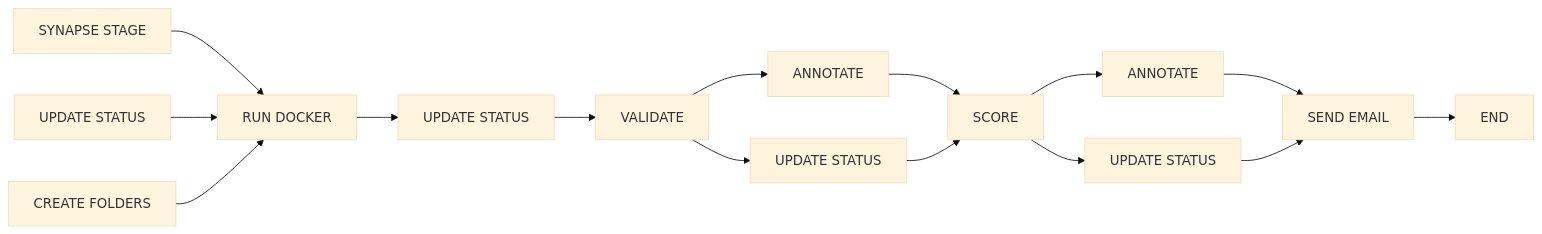
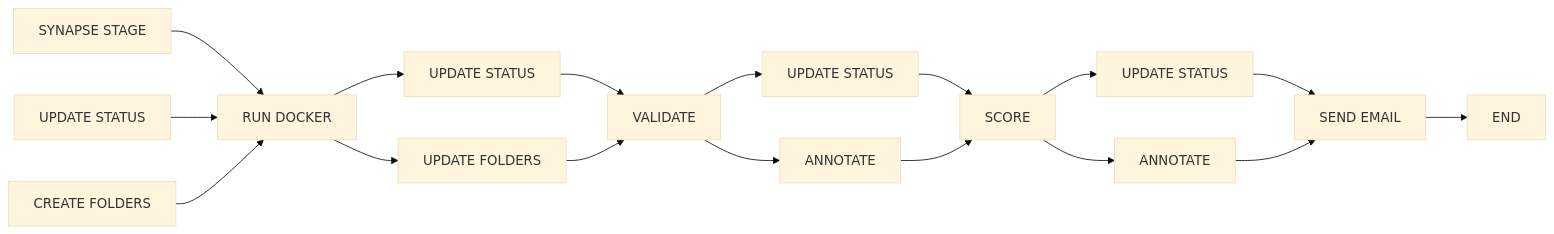
One commit to vpchung/nf-synapse-challenge changed the first of 2 diagrams in README.md. Above: the diagram before and after it, drawn with Mermaid (base theme). The commit also changed 9 other files, not shown here.

````diff
--- a/README.md
+++ b/README.md
@@ -84,17 +84,19 @@
 ```mermaid
 flowchart LR;
     A[SYNAPSE STAGE]-->E[RUN DOCKER];
     B[UPDATE STATUS]-->E;
     C[CREATE FOLDERS]-->E;
     E-->G[UPDATE STATUS];
-    G-->H[VALIDATE];
-    H-->I[ANNOTATE];
-    H-->J[UPDATE STATUS];
-    I-->K[SCORE];
-    J-->K;
-    K-->L[ANNOTATE];
-    K-->M[UPDATE STATUS];
-    L-->N;
-    M-->N[SEND EMAIL];
-    N-->O[END];
+    E-->H[UPDATE FOLDERS];
+    G-->I[VALIDATE];
+    H-->I;
+    I-->J[UPDATE STATUS];
+    I-->K[ANNOTATE];
+    J-->L[SCORE];
+    K-->L;
+    L-->M[UPDATE STATUS];
+    L-->N[ANNOTATE];
+    M-->O;
+    N-->O[SEND EMAIL];
+    O-->P[END];
 ```
````
